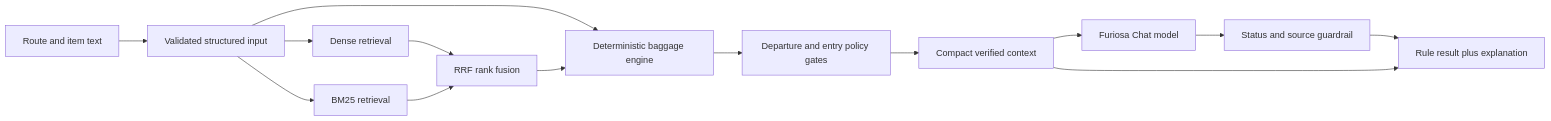
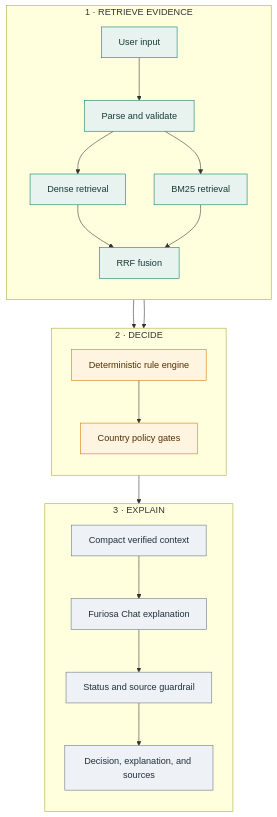
The diagram in README.md (jaeunda/CarryCheck), drawn with Mermaid before and after one commit. The commit also changed other lines of this file and 6 other files, not shown here.

````diff
--- a/README.md
+++ b/README.md
@@ -37,16 +23,34 @@
 ```mermaid
-flowchart LR
-    INPUT[Route and item text] --> PARSE[Validated structured input]
-    PARSE --> DENSE[Dense retrieval]
-    PARSE --> BM25[BM25 retrieval]
-    DENSE --> RRF[RRF rank fusion]
-    BM25 --> RRF
-    PARSE --> RULES[Deterministic baggage engine]
+flowchart TB
+    subgraph RETRIEVE["1 · RETRIEVE EVIDENCE"]
+        direction TB
+        INPUT[User input] --> PARSE[Parse and validate]
+        PARSE --> DENSE[Dense retrieval]
+        PARSE --> BM25[BM25 retrieval]
+        DENSE --> RRF[RRF fusion]
+        BM25 --> RRF
+    end
+
+    subgraph DECIDE["2 · DECIDE"]
+        direction TB
+        RULES[Deterministic rule engine] --> COUNTRY[Country policy gates]
+    end
+
+    subgraph EXPLAIN["3 · EXPLAIN"]
+        direction TB
+        CONTEXT[Compact verified context] --> LLM[Furiosa Chat explanation]
+        LLM --> GUARD[Status and source guardrail]
+        GUARD --> RESULT[Decision, explanation, and sources]
+    end
+
     RRF --> RULES
-    RULES --> COUNTRY[Departure and entry policy gates]
-    COUNTRY --> CONTEXT[Compact verified context]
-    CONTEXT --> LLM[Furiosa Chat model]
-    LLM --> GUARD[Status and source guardrail]
-    GUARD --> RESULT[Rule result plus explanation]
-    CONTEXT --> RESULT
+    PARSE --> RULES
+    COUNTRY --> CONTEXT
+
+    classDef evidence fill:#e8f3f0,stroke:#087f6d,color:#173b35;
+    classDef decision fill:#fff4df,stroke:#d17a00,color:#513000;
+    classDef explain fill:#eef1f5,stroke:#657786,color:#20303c;
+    class INPUT,PARSE,DENSE,BM25,RRF evidence;
+    class RULES,COUNTRY decision;
+    class CONTEXT,LLM,GUARD,RESULT explain;
 ```
````
